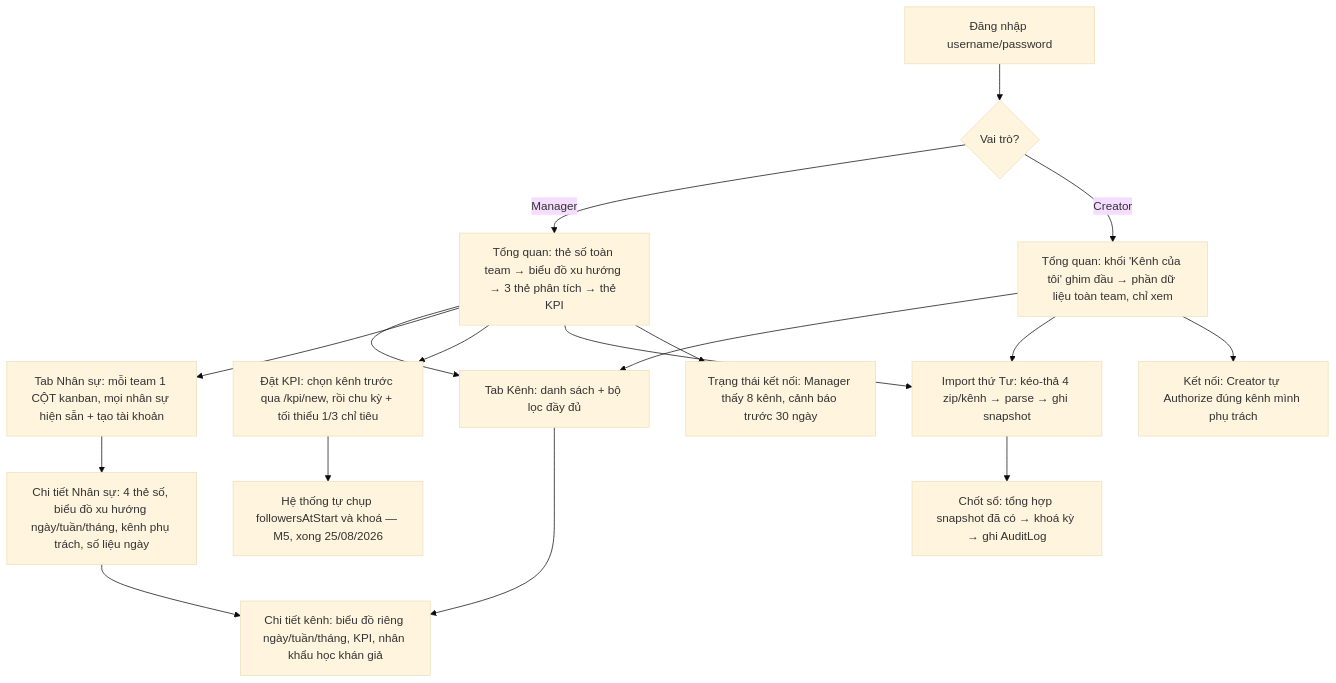
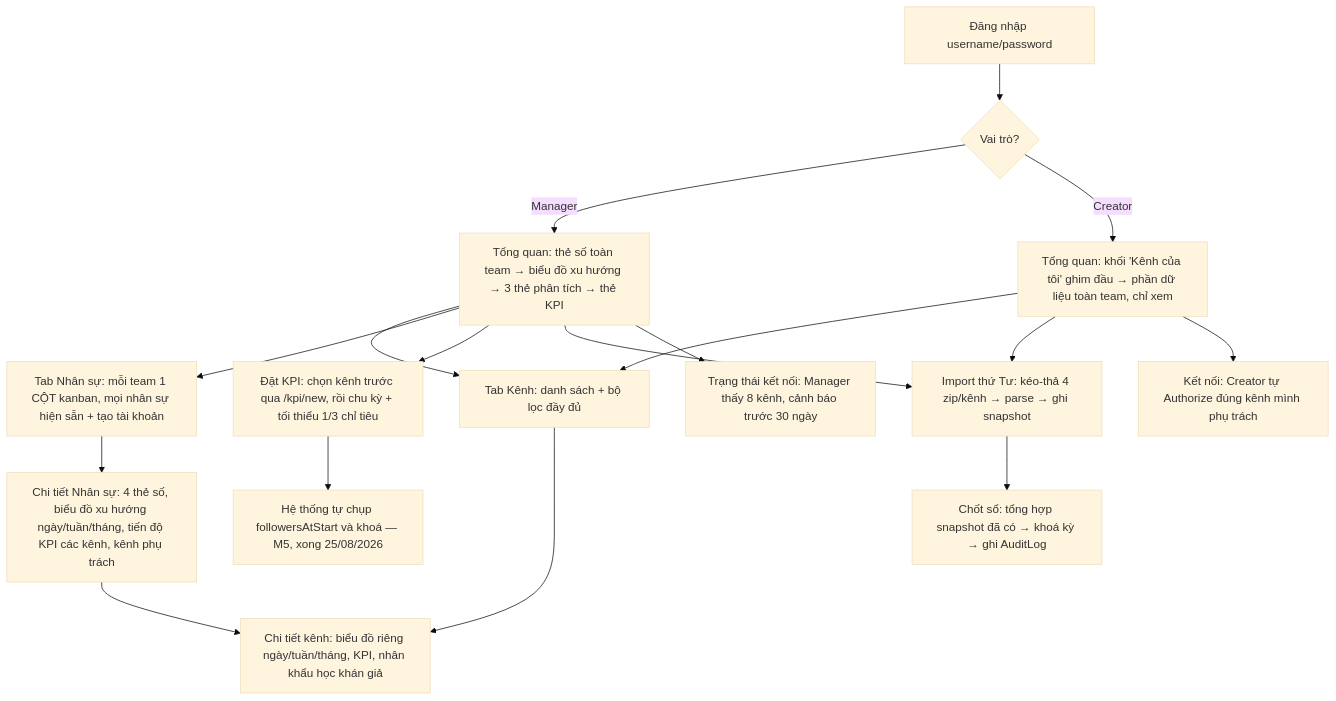
One commit to duytienitptit/ahd-dashboard changed the diagram in docs/USER_FLOW.md. Above: the diagram before and after it, drawn with Mermaid (base theme). The commit also changed other lines of this file and 9 other files, not shown here.

First line of the commit message:
feat(creators): thêm "Tiến độ KPI các kênh" vào chi tiết Nhân sự, bỏ hẳn bảng số liệu ngày

````diff
--- a/docs/USER_FLOW.md
+++ b/docs/USER_FLOW.md
@@ -7,22 +7,22 @@
 ```mermaid
 flowchart TD
     A[Đăng nhập username/password] --> B{Vai trò?}
 
     B -- Manager --> M1[Tổng quan: thẻ số toàn team → biểu đồ xu hướng → 3 thẻ phân tích → thẻ KPI]
     B -- Creator --> C1[Tổng quan: khối 'Kênh của tôi' ghim đầu → phần dữ liệu toàn team, chỉ xem]
 
     M1 --> M2[Tab Kênh: danh sách + bộ lọc đầy đủ]
     C1 --> M2
     M2 --> M3[Chi tiết kênh: biểu đồ riêng ngày/tuần/tháng, KPI, nhân khẩu học khán giả]
 
     M1 --> M4[Tab Nhân sự: mỗi team 1 CỘT kanban, mọi nhân sự hiện sẵn + tạo tài khoản]
-    M4 --> M4a[Chi tiết Nhân sự: 4 thẻ số, biểu đồ xu hướng ngày/tuần/tháng, kênh phụ trách, số liệu ngày]
+    M4 --> M4a[Chi tiết Nhân sự: 4 thẻ số, biểu đồ xu hướng ngày/tuần/tháng, tiến độ KPI các kênh, kênh phụ trách]
     M4a --> M3
     M1 --> M5[Đặt KPI: chọn kênh trước qua /kpi/new, rồi chu kỳ + tối thiểu 1/3 chỉ tiêu]
     M5 --> M6[Hệ thống tự chụp followersAtStart và khoá — M5, xong 25/08/2026]
     M1 --> I1[Import thứ Tư: kéo-thả 4 zip/kênh → parse → ghi snapshot]
     C1 --> I1
     I1 --> M7[Chốt sổ: tổng hợp snapshot đã có → khoá kỳ → ghi AuditLog]
     M1 --> T1[Trạng thái kết nối: Manager thấy 8 kênh, cảnh báo trước 30 ngày]
     C1 --> T2[Kết nối: Creator tự Authorize đúng kênh mình phụ trách]
 ```
````
